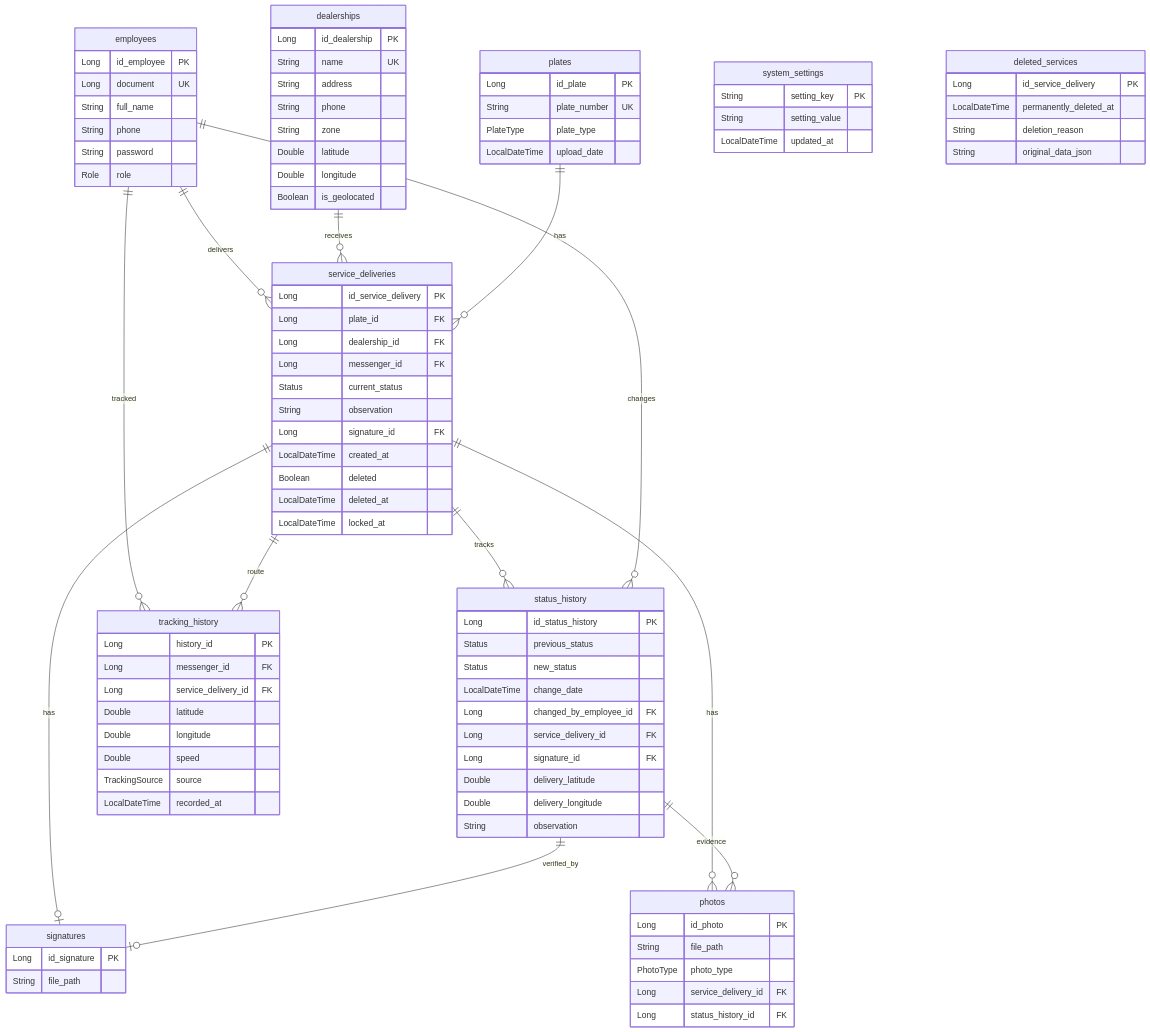
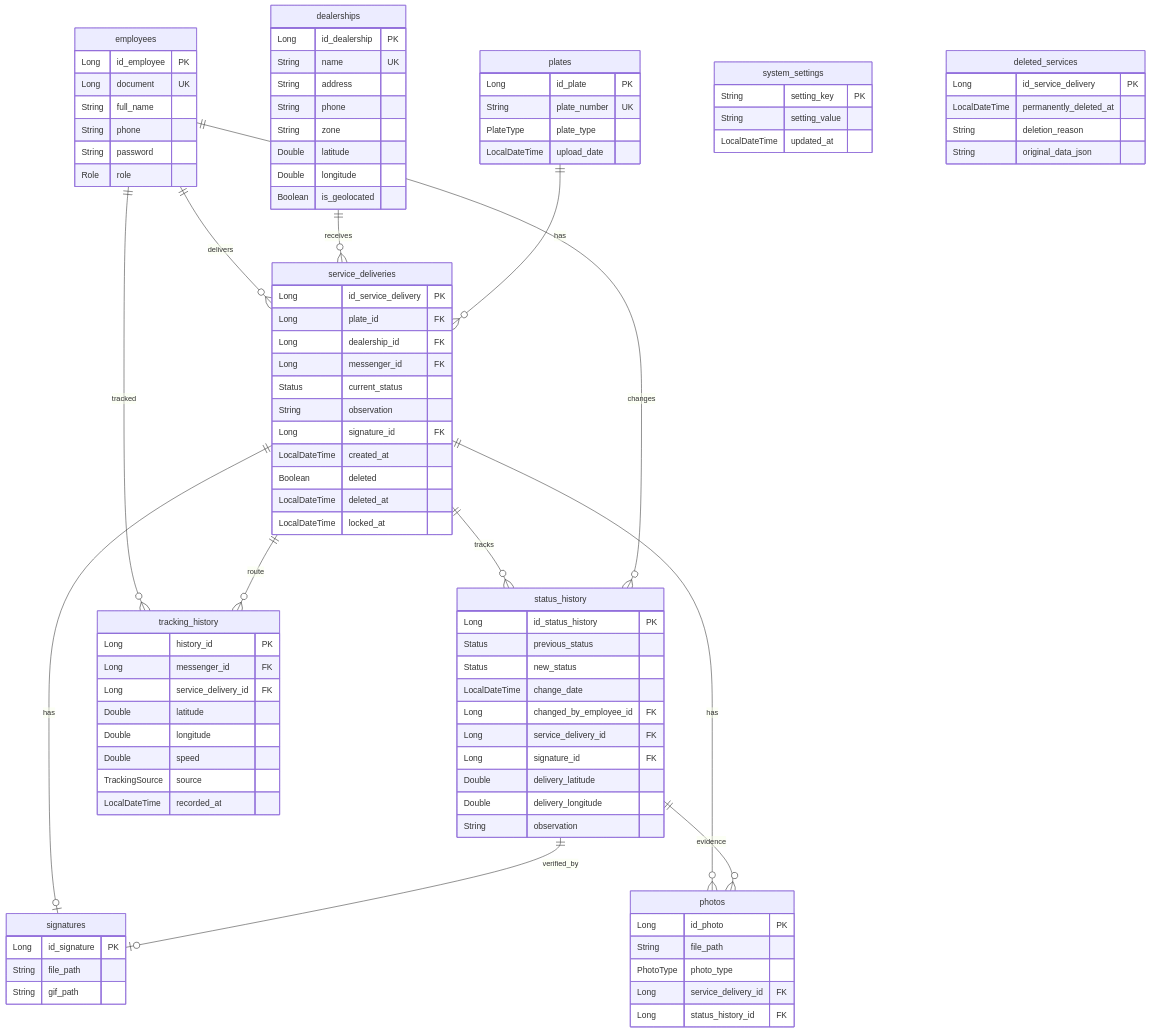
The second of 3 diagrams in README.es.md (fttmatteo/messenger-backend), drawn with Mermaid before and after one commit. The commit also changed other lines of this file and 2 other files, not shown here.

Commit message:
feat: Add `signatureGif` field and update documentation to include GIF evidence requirements and file constraints.

```diff
--- a/README.es.md
+++ b/README.es.md
@@ -407,6 +413,7 @@
     signatures {
         Long id_signature PK
         String file_path
+        String gif_path
     }
     
     photos {
```
